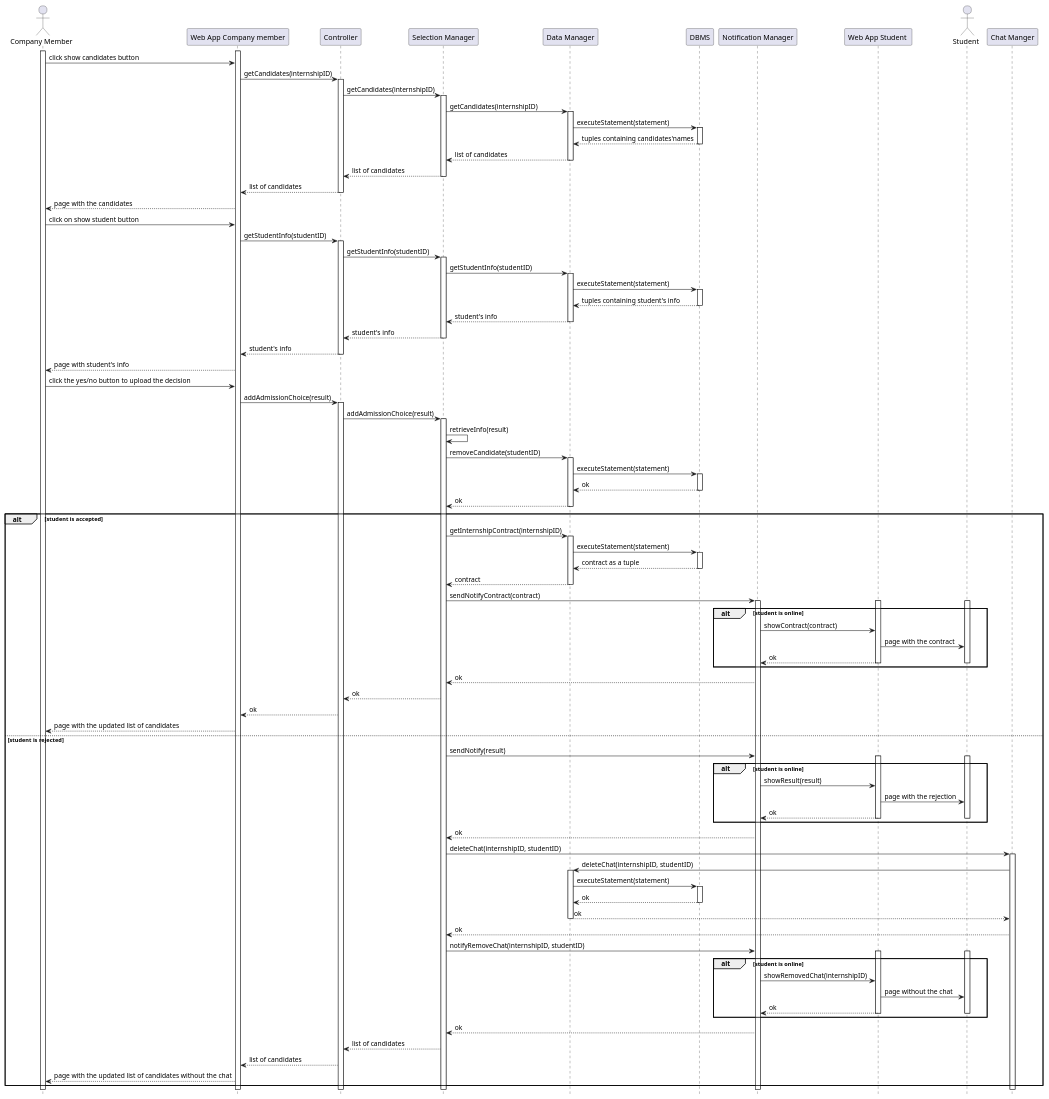
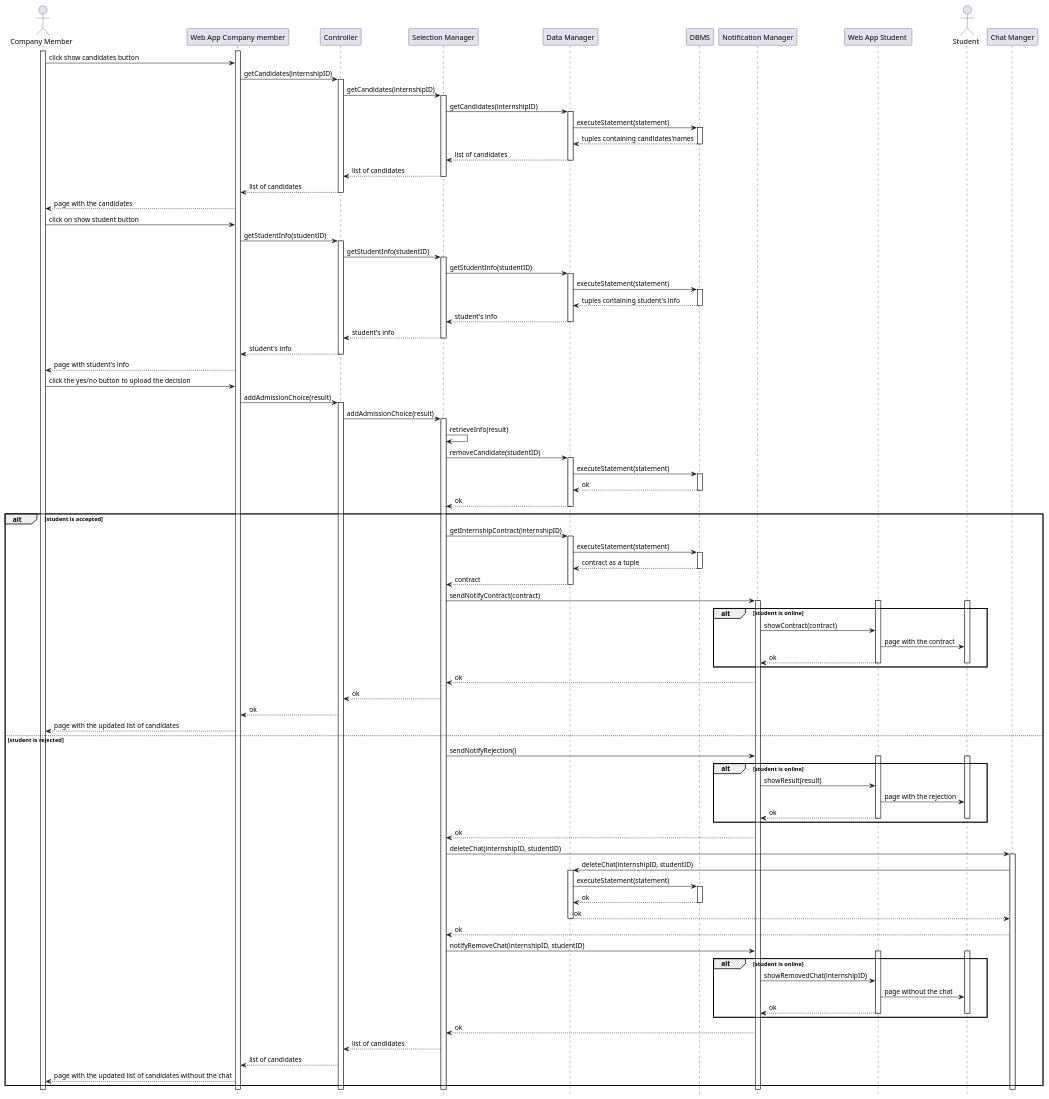
One commit to matti8702/R_and_DD_project_SE2 changed the diagram in DD/Architectural_design/uml_diagrams/RV21_diagram.puml. Above: the diagram before and after it, drawn with PlantUML. The commit also changed 10 other files, not shown here.

Commit message:
fix: fix RV8, RV12, RV13, RV15, RV21 diagrams

```diff
--- a/DD/Architectural_design/uml_diagrams/RV21_diagram.puml
+++ b/DD/Architectural_design/uml_diagrams/RV21_diagram.puml
@@ -1,131 +1,131 @@
 @startuml RV21_diagram
 hide footbox
 
 actor "Company Member" as CM
 participant "Web App Company member" AS WACM
 participant "Controller" as C
 participant "Selection Manager" as SM
 participant "Data Manager" as DM
 participant "DBMS" as DB
 participant "Notification Manager" as NM
 participant "Web App Student " AS WAST
 actor "Student" as ST
 participant "Chat Manger" as CHM
 
 activate CM
 activate WACM
 
 CM -> WACM: click show candidates button
 WACM -> C : getCandidates(internshipID)
 activate C
 C -> SM : getCandidates(internshipID)
 activate SM
 SM -> DM : getCandidates(internshipID)
 activate DM
 DM -> DB : executeStatement(statement)
 activate DB
 DB --> DM : tuples containing candidates'names
 deactivate DB
 DM --> SM : list of candidates
 deactivate DM
 SM --> C : list of candidates
 deactivate SM
 C --> WACM : list of candidates
 deactivate C
 WACM --> CM : page with the candidates
 CM -> WACM  : click on show student button
 WACM -> C : getStudentInfo(studentID)
 activate C
 C -> SM  : getStudentInfo(studentID)
 activate SM
 SM -> DM : getStudentInfo(studentID)
 activate DM
 DM -> DB : executeStatement(statement)
 activate DB
 DB --> DM : tuples containing student's info
 deactivate DB
 DM --> SM : student's info
 deactivate DM
 SM --> C : student's info
 deactivate SM
 C --> WACM : student's info
 deactivate C
 WACM --> CM : page with student's info
 CM -> WACM : click the yes/no button to upload the decision
 WACM -> C : addAdmissionChoice(result)
 activate C
 C -> SM   : addAdmissionChoice(result)
 activate SM
 SM -> SM   : retrieveInfo(result)
 SM -> DM  : removeCandidate(studentID)
 activate DM
 DM -> DB  : executeStatement(statement)
 activate DB
 DB --> DM : ok
 deactivate DB
 DM --> SM : ok
 deactivate DM
 alt student is accepted
     SM -> DM : getInternshipContract(internshipID)
     activate DM
     DM -> DB : executeStatement(statement)
     activate DB
     DB --> DM : contract as a tuple
     deactivate DB
     DM --> SM : contract
     deactivate DM
     SM -> NM  :  sendNotifyContract(contract)
     activate NM
     alt student is online
         activate WAST
         activate ST
         NM -> WAST : showContract(contract)
         WAST -> ST : page with the contract
         WAST --> NM : ok
         deactivate WAST
         deactivate ST
     end
     NM --> SM : ok
     SM --> C : ok
     C --> WACM : ok
     ' comment for the description: the new list is performed by the webapp: It makes the difference between the candidates received at the beginning and the one which has responded
     WACM --> CM : page with the updated list of candidates
 else student is rejected
-    SM -> NM : sendNotify(result)
+    SM -> NM : sendNotifyRejection()
     alt student is online
         activate WAST
         activate ST
         NM -> WAST : showResult(result)
         WAST -> ST : page with the rejection
         WAST --> NM : ok
         deactivate WAST
         deactivate ST
     end
     NM --> SM : ok
     SM -> CHM : deleteChat(internshipID, studentID)
     activate CHM
     CHM -> DM : deleteChat(internshipID, studentID)
     activate DM
     DM -> DB  : executeStatement(statement)
     activate DB
     DB --> DM  : ok
     deactivate DB
     DM --> CHM  : ok
     deactivate DM
     CHM --> SM  : ok
     SM -> NM : notifyRemoveChat(internshipID, studentID)
     alt student is online
         activate WAST
         activate ST
         NM -> WAST : showRemovedChat(internshipID)
         WAST -> ST : page without the chat
         WAST --> NM : ok
         deactivate WAST
         deactivate ST
     end
     NM --> SM : ok
     SM --> C : list of candidates
     C  --> WACM : list of candidates
     WACM --> CM : page with the updated list of candidates without the chat
 end
 @enduml
```
